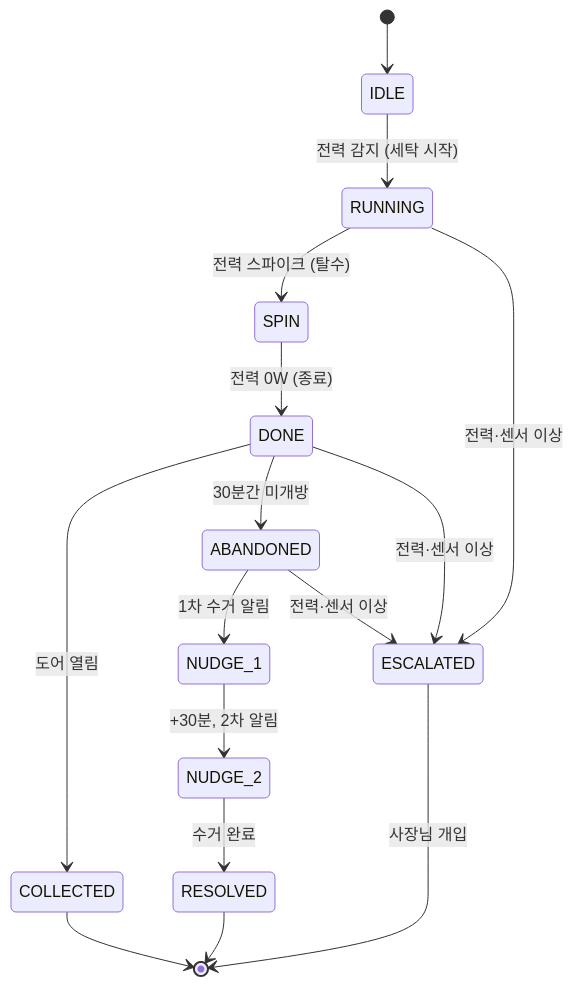
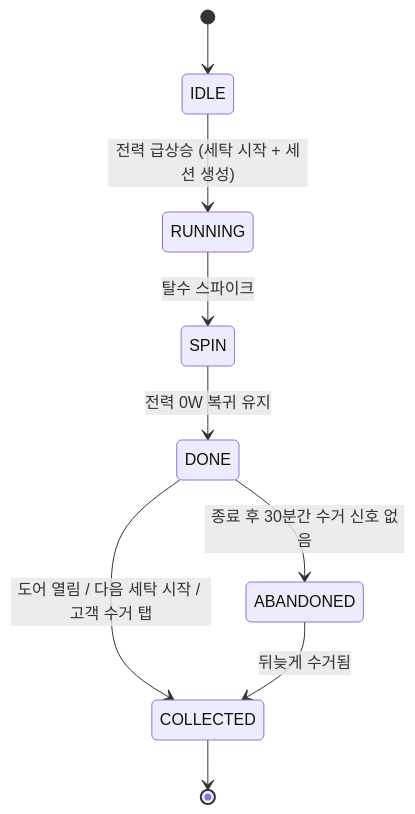
One commit to do-ttery/AIAgentChallenge changed the diagram in README.md. Above: the diagram before and after it, drawn with Mermaid. The commit also changed other lines of this file and 2 other files, not shown here.

````diff
--- a/README.md
+++ b/README.md
@@ -54,18 +61,11 @@
 ```mermaid
 stateDiagram-v2
     [*] --> IDLE
-    IDLE --> RUNNING : 전력 감지 (세탁 시작)
-    RUNNING --> SPIN : 전력 스파이크 (탈수)
-    SPIN --> DONE : 전력 0W (종료)
-    DONE --> COLLECTED : 도어 열림
-    DONE --> ABANDONED : 30분간 미개방
-    ABANDONED --> NUDGE_1 : 1차 수거 알림
-    NUDGE_1 --> NUDGE_2 : +30분, 2차 알림
-    NUDGE_2 --> RESOLVED : 수거 완료
+    IDLE --> RUNNING : 전력 급상승 (세탁 시작 + 세션 생성)
+    RUNNING --> SPIN : 탈수 스파이크
+    SPIN --> DONE : 전력 0W 복귀 유지
+    DONE --> COLLECTED : 도어 열림 / 다음 세탁 시작 / 고객 수거 탭
+    DONE --> ABANDONED : 종료 후 30분간 수거 신호 없음
+    ABANDONED --> COLLECTED : 뒤늦게 수거됨
     COLLECTED --> [*]
-    RESOLVED --> [*]
-    RUNNING --> ESCALATED : 전력·센서 이상
-    DONE --> ESCALATED : 전력·센서 이상
-    ABANDONED --> ESCALATED : 전력·센서 이상
-    ESCALATED --> [*] : 사장님 개입
 ```
````
